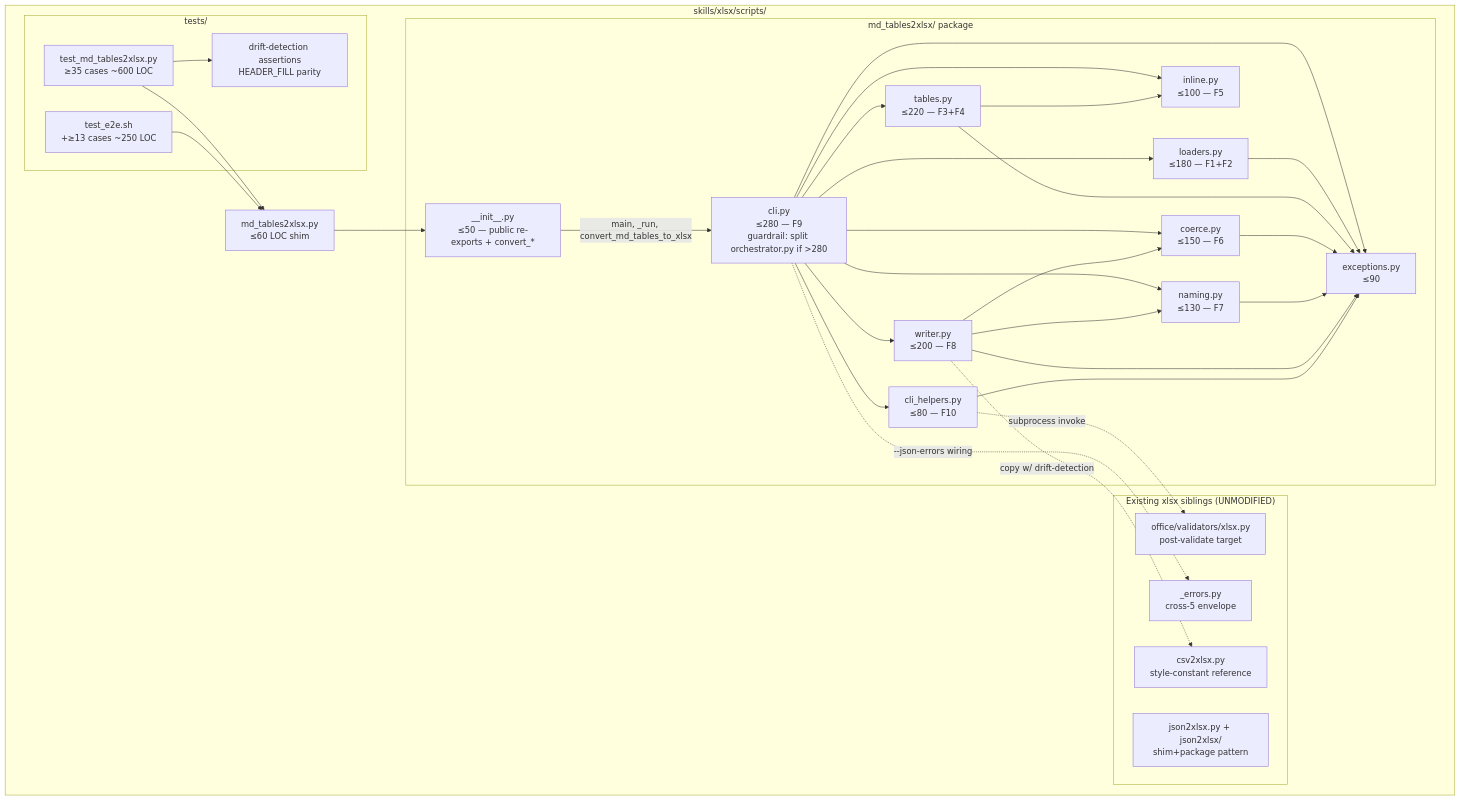
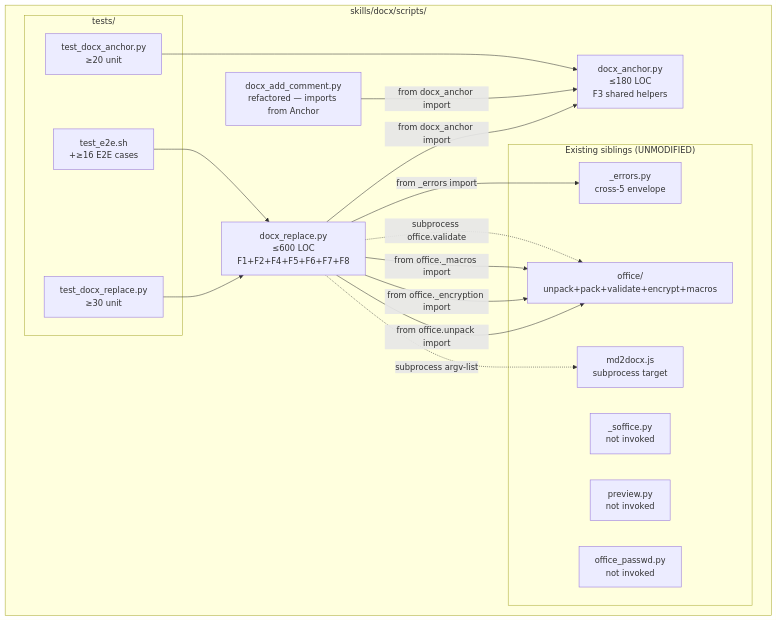
One commit to MatrixFounder/Universal-skills changed the third of 3 diagrams in docs/ARCHITECTURE.md. Above: the diagram before and after it, drawn with Mermaid. The commit also changed other lines of this file and 39 other files, not shown here.

````diff
--- a/docs/ARCHITECTURE.md
+++ b/docs/ARCHITECTURE.md
@@ -537,56 +613,34 @@
 ```mermaid
 flowchart TB
-    subgraph Skill ["skills/xlsx/scripts/"]
-        Shim[md_tables2xlsx.py<br/>≤60 LOC shim]
-        subgraph Pkg ["md_tables2xlsx/ package"]
-            Init[__init__.py<br/>≤50 — public re-exports + convert_*]
-            Cli[cli.py<br/>≤280 — F9<br/>guardrail: split orchestrator.py if >280]
-            Loaders[loaders.py<br/>≤180 — F1+F2]
-            Tables[tables.py<br/>≤220 — F3+F4]
-            Inline[inline.py<br/>≤100 — F5]
-            Coerce[coerce.py<br/>≤150 — F6]
-            Naming[naming.py<br/>≤130 — F7]
-            Writer[writer.py<br/>≤200 — F8]
-            Helpers[cli_helpers.py<br/>≤80 — F10]
-            Exc[exceptions.py<br/>≤90]
-        end
-        subgraph Existing ["Existing xlsx siblings (UNMODIFIED)"]
-            CSVRef[csv2xlsx.py<br/>style-constant reference]
-            JsonRef[json2xlsx.py + json2xlsx/<br/>shim+package pattern]
-            Errors[_errors.py<br/>cross-5 envelope]
-            Validators[office/validators/xlsx.py<br/>post-validate target]
+    subgraph Skill ["skills/docx/scripts/"]
+        Replace[docx_replace.py\n≤600 LOC\nF1+F2+F4+F5+F6+F7+F8]
+        Anchor[docx_anchor.py\n≤180 LOC\nF3 shared helpers]
+        AddComment[docx_add_comment.py\nrefactored — imports from Anchor]
+        subgraph Existing ["Existing siblings (UNMODIFIED)"]
+            Errors[_errors.py\ncross-5 envelope]
+            OfficePkg[office/\nunpack+pack+validate+encrypt+macros]
+            Soffice[_soffice.py\nnot invoked]
+            Preview[preview.py\nnot invoked]
+            Passwd[office_passwd.py\nnot invoked]
+            Md2Docx[md2docx.js\nsubprocess target]
         end
         subgraph Tests ["tests/"]
-            UnitTest[test_md_tables2xlsx.py<br/>≥35 cases ~600 LOC]
-            E2ETest[test_e2e.sh<br/>+≥13 cases ~250 LOC]
-            Drift[drift-detection assertions<br/>HEADER_FILL parity]
+            AnchorUnit[test_docx_anchor.py\n≥20 unit]
+            ReplaceUnit[test_docx_replace.py\n≥30 unit]
+            E2E[test_e2e.sh\n+≥16 E2E cases]
         end
     end
 
-    Shim --> Init
-    Init -->|main, _run, convert_md_tables_to_xlsx| Cli
-    Cli --> Loaders
-    Cli --> Tables
-    Cli --> Inline
-    Cli --> Coerce
-    Cli --> Naming
-    Cli --> Writer
-    Cli --> Helpers
-    Cli --> Exc
-    Loaders --> Exc
-    Tables --> Inline
-    Tables --> Exc
-    Coerce --> Exc
-    Naming --> Exc
-    Writer --> Naming
-    Writer --> Coerce
-    Writer --> Exc
-    Helpers --> Exc
-    Helpers -.->|subprocess invoke| Validators
-    Cli -.->|--json-errors wiring| Errors
-    Writer -.->|copy w/ drift-detection| CSVRef
+    Replace -->|from docx_anchor import| Anchor
+    Replace -->|from _errors import| Errors
+    Replace -->|from office.unpack import| OfficePkg
+    Replace -->|from office._encryption import| OfficePkg
+    Replace -->|from office._macros import| OfficePkg
+    Replace -.->|subprocess argv-list| Md2Docx
+    Replace -.->|subprocess office.validate| OfficePkg
+    AddComment -->|from docx_anchor import| Anchor
 
-    UnitTest --> Shim
-    E2ETest --> Shim
-    UnitTest --> Drift
+    AnchorUnit --> Anchor
+    ReplaceUnit --> Replace
+    E2E --> Replace
 ```
````
